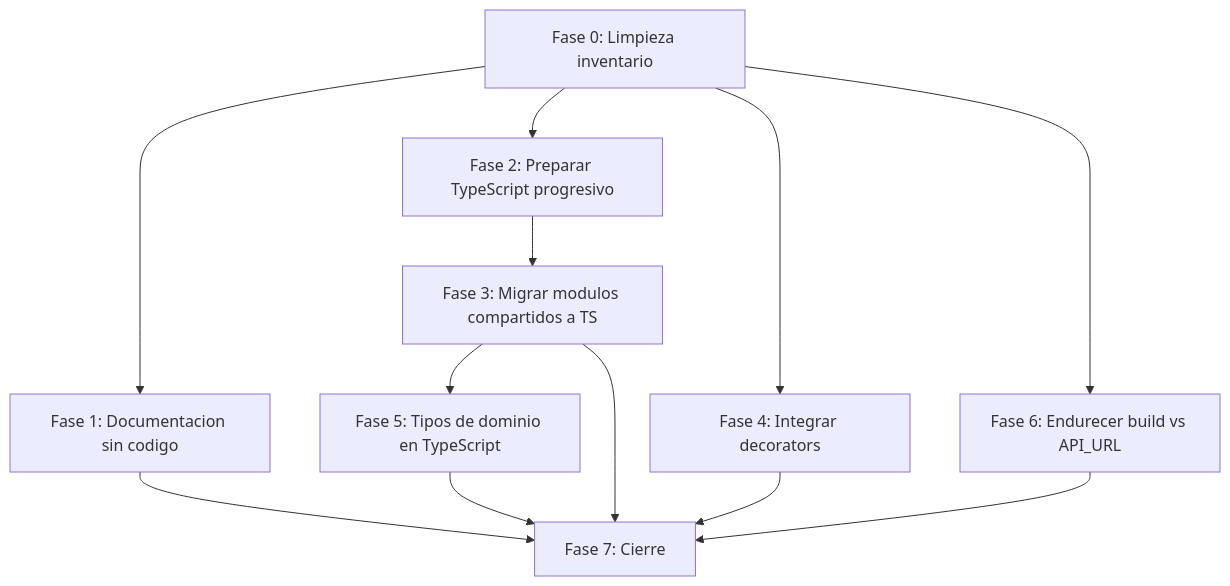
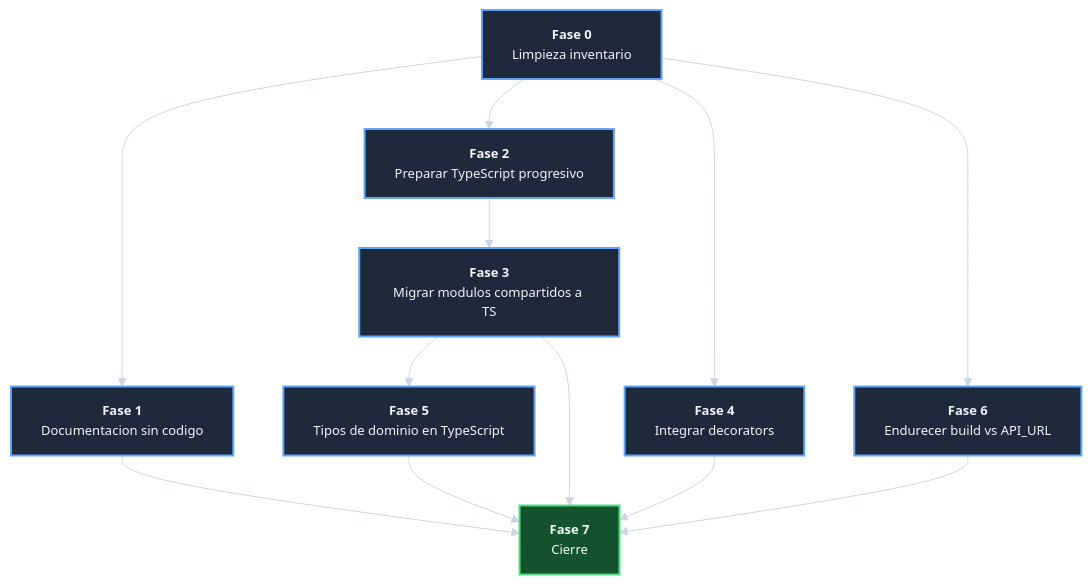
One commit to jcg-admin/template-ecommerce-ui changed the diagram in docs/pm/iniciativas/resolver-hallazgos-de-deuda-del-template/plan-resolver-hallazgos-de-deuda-del-template.md. Above: the diagram before and after it, drawn with Mermaid. The commit also changed 16 other files, not shown here.

First line of the commit message:
Apply dark Mermaid theme to 19 diagrams

````diff
--- a/docs/pm/iniciativas/resolver-hallazgos-de-deuda-del-template/plan-resolver-hallazgos-de-deuda-del-template.md
+++ b/docs/pm/iniciativas/resolver-hallazgos-de-deuda-del-template/plan-resolver-hallazgos-de-deuda-del-template.md
@@ -41,14 +41,39 @@
 ```mermaid
+%%{init: {'theme':'base', 'themeVariables': {
+  'background': '#0f172a',
+  'primaryColor': '#1e293b',
+  'primaryTextColor': '#f1f5f9',
+  'primaryBorderColor': '#94a3b8',
+  'lineColor': '#cbd5e1',
+  'secondaryColor': '#334155',
+  'tertiaryColor': '#1e3a8a',
+  'fontSize': '13px'
+}}}%%
 flowchart TD
-    F0[Fase 0: Limpieza inventario] --> F1[Fase 1: Documentacion sin codigo]
-    F0 --> F2[Fase 2: Preparar TypeScript progresivo]
-    F2 --> F3[Fase 3: Migrar modulos compartidos a TS]
-    F3 --> F5[Fase 5: Tipos de dominio en TypeScript]
-    F0 --> F4[Fase 4: Integrar decorators]
-    F0 --> F6deploy[Fase 6: Endurecer build vs API_URL]
-    F1 --> F7[Fase 7: Cierre]
-    F3 --> F7
-    F4 --> F7
-    F5 --> F7
-    F6deploy --> F7
+    fase_f0_limpieza_inventario["<b>Fase 0</b><br/>Limpieza inventario"]
+    fase_f1_documentacion_sin_codigo["<b>Fase 1</b><br/>Documentacion sin codigo"]
+    fase_f2_preparar_typescript["<b>Fase 2</b><br/>Preparar TypeScript progresivo"]
+    fase_f3_migrar_modulos_a_ts["<b>Fase 3</b><br/>Migrar modulos compartidos a TS"]
+    fase_f4_integrar_decorators["<b>Fase 4</b><br/>Integrar decorators"]
+    fase_f5_tipos_dominio_typescript["<b>Fase 5</b><br/>Tipos de dominio en TypeScript"]
+    fase_f6_endurecer_build_api_url["<b>Fase 6</b><br/>Endurecer build vs API_URL"]
+    fase_f7_cierre["<b>Fase 7</b><br/>Cierre"]
+
+    fase_f0_limpieza_inventario --> fase_f1_documentacion_sin_codigo
+    fase_f0_limpieza_inventario --> fase_f2_preparar_typescript
+    fase_f2_preparar_typescript --> fase_f3_migrar_modulos_a_ts
+    fase_f3_migrar_modulos_a_ts --> fase_f5_tipos_dominio_typescript
+    fase_f0_limpieza_inventario --> fase_f4_integrar_decorators
+    fase_f0_limpieza_inventario --> fase_f6_endurecer_build_api_url
+    fase_f1_documentacion_sin_codigo --> fase_f7_cierre
+    fase_f3_migrar_modulos_a_ts --> fase_f7_cierre
+    fase_f4_integrar_decorators --> fase_f7_cierre
+    fase_f5_tipos_dominio_typescript --> fase_f7_cierre
+    fase_f6_endurecer_build_api_url --> fase_f7_cierre
+
+    classDef primaryNode fill:#1e293b,stroke:#60a5fa,stroke-width:2px,color:#f1f5f9
+    classDef doneNode fill:#14532d,stroke:#4ade80,stroke-width:2px,color:#f0fdf4
+
+    class fase_f0_limpieza_inventario,fase_f1_documentacion_sin_codigo,fase_f2_preparar_typescript,fase_f3_migrar_modulos_a_ts,fase_f4_integrar_decorators,fase_f5_tipos_dominio_typescript,fase_f6_endurecer_build_api_url primaryNode
+    class fase_f7_cierre doneNode
 ```
````
